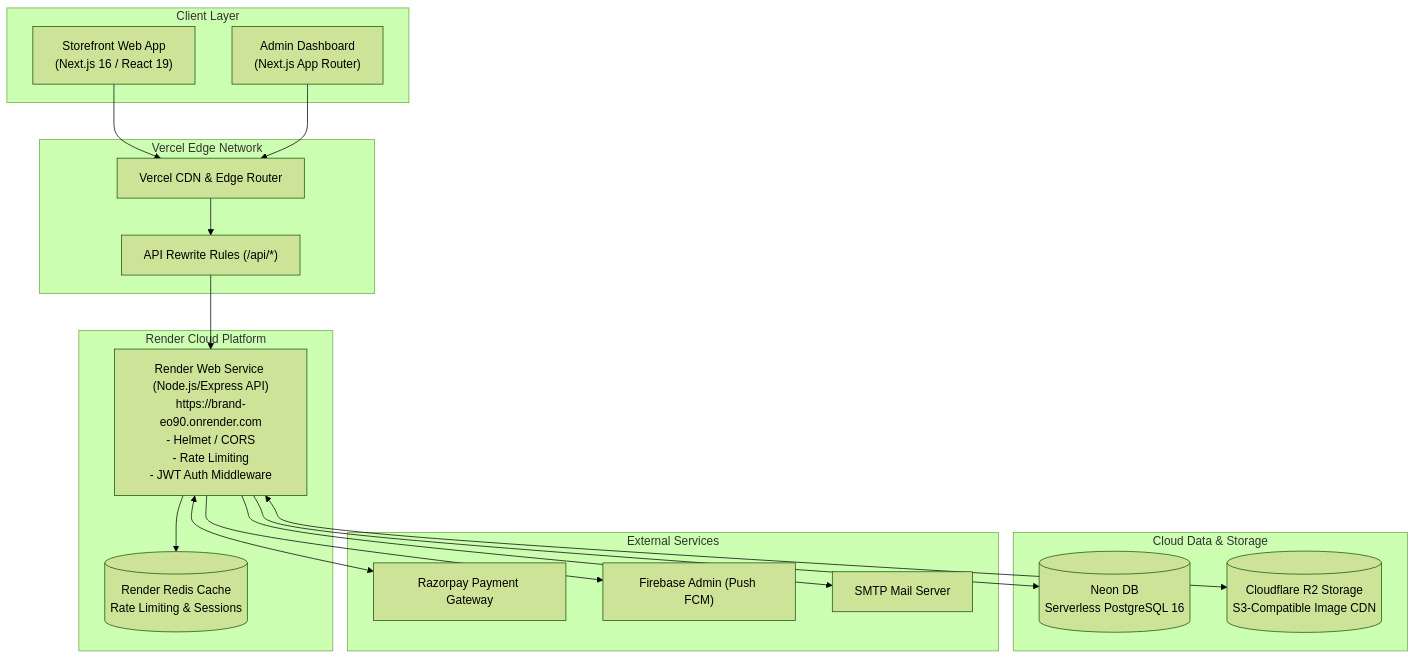
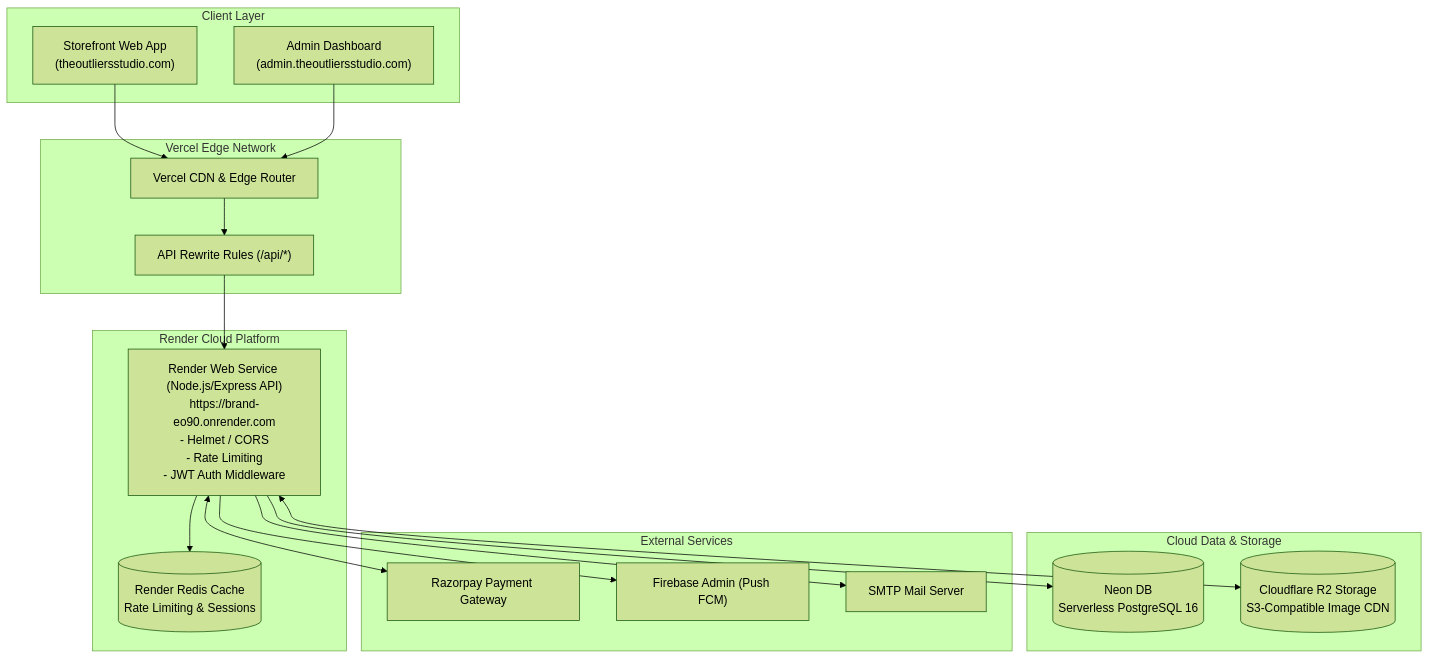
The first of 3 diagrams in ARCHITECTURE.md (BankimKamila185/brand), drawn with Mermaid (forest theme) before and after one commit. The commit also changed 9 other files, not shown here.

````diff
--- a/ARCHITECTURE.md
+++ b/ARCHITECTURE.md
@@ -56,41 +56,41 @@
 ```mermaid
 flowchart TB
     subgraph Clients ["Client Layer"]
-        Storefront["Storefront Web App\n(Next.js 16 / React 19)"]
-        AdminApp["Admin Dashboard\n(Next.js App Router)"]
+        Storefront["Storefront Web App\n(theoutliersstudio.com)"]
+        AdminApp["Admin Dashboard\n(admin.theoutliersstudio.com)"]
     end
 
     subgraph HostingFrontend ["Vercel Edge Network"]
         VercelCDN["Vercel CDN & Edge Router"]
         VercelRewrite["API Rewrite Rules (/api/*)"]
     end
 
     subgraph HostingBackend ["Render Cloud Platform"]
         RenderAPI["Render Web Service (Node.js/Express API)\nhttps://brand-eo90.onrender.com\n- Helmet / CORS\n- Rate Limiting\n- JWT Auth Middleware"]
         RenderRedis[("Render Redis Cache\nRate Limiting & Sessions")]
     end
 
     subgraph CloudData ["Cloud Data & Storage"]
         NeonDB[("Neon DB\nServerless PostgreSQL 16")]
         CloudflareR2[("Cloudflare R2 Storage\nS3-Compatible Image CDN")]
     end
 
     subgraph External ["External Services"]
         Razorpay["Razorpay Payment Gateway"]
         Firebase["Firebase Admin (Push FCM)"]
         SMTP["SMTP Mail Server"]
     end
 
     Storefront --> VercelCDN
     AdminApp --> VercelCDN
     VercelCDN --> VercelRewrite
     VercelRewrite --> RenderAPI
 
     RenderAPI --> RenderRedis
     RenderAPI --> NeonDB
     RenderAPI <--> CloudflareR2
 
     RenderAPI <--> Razorpay
     RenderAPI --> SMTP
     RenderAPI --> Firebase
 ```
````
